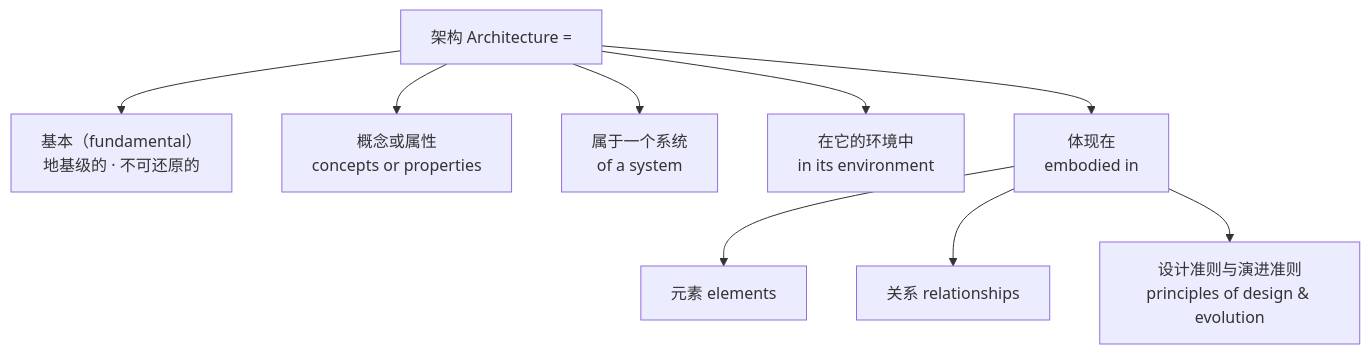
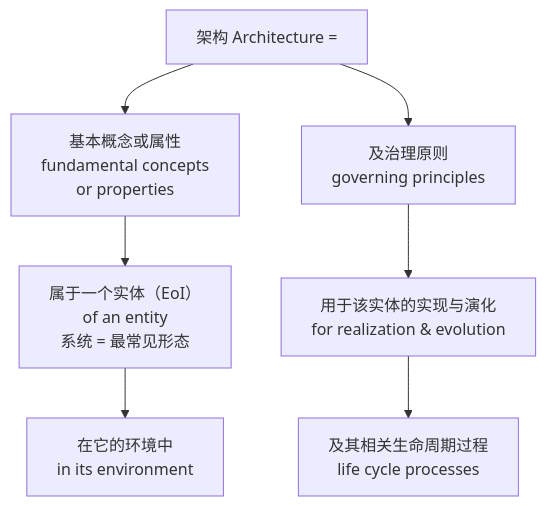
Before and after one commit to Yongjunzhou/AOS-system-design: the diagram in 100-subprojects/01-系统工程研究/03-架构师是个怎样的物种/成书/build/.mmd/ch10-fig02.mmd, drawn with Mermaid. The commit also changed 106 other files, not shown here.

First line of the commit message:
[教材] 新增第15章「架构定义落地：从目的到架构视图」＋全章顺延（15 整合→16、16 架构师→17）＋成书重建

```diff
--- a/100-subprojects/01-系统工程研究/03-架构师是个怎样的物种/成书/build/.mmd/ch10-fig02.mmd
+++ b/100-subprojects/01-系统工程研究/03-架构师是个怎样的物种/成书/build/.mmd/ch10-fig02.mmd
@@ -1,9 +1,7 @@
 flowchart TD
-    A["架构 Architecture ="] --> B["基本（fundamental）<br/>地基级的 · 不可还原的"]
-    A --> C["概念或属性<br/>concepts or properties"]
-    A --> D["属于一个系统<br/>of a system"]
-    A --> E["在它的环境中<br/>in its environment"]
-    A --> F["体现在<br/>embodied in"]
-    F --> G["元素 elements"]
-    F --> H["关系 relationships"]
-    F --> I["设计准则与演进准则<br/>principles of design &amp; evolution"]
+    A["架构 Architecture ="] --> B["基本概念或属性<br/>fundamental concepts<br/>or properties"]
+    B --> C["属于一个实体（EoI）<br/>of an entity<br/>系统 = 最常见形态"]
+    C --> D["在它的环境中<br/>in its environment"]
+    A --> Z["及治理原则<br/>governing principles"]
+    Z --> E["用于该实体的实现与演化<br/>for realization &amp; evolution"]
+    E --> F["及其相关生命周期过程<br/>life cycle processes"]
```
